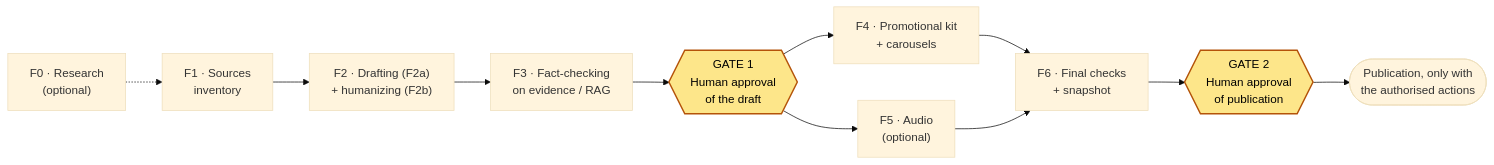
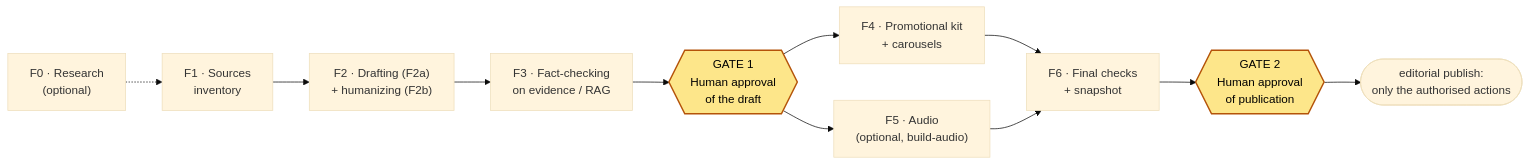
One commit to acarducci65-svg/editorial_pipeline_public changed the diagram in README.md. Above: the diagram before and after it, drawn with Mermaid (base theme). The commit also changed other lines of this file and 18 other files, not shown here.

````diff
--- a/README.md
+++ b/README.md
@@ -43,16 +43,16 @@
 ```mermaid
 flowchart LR
     F0["F0 · Research<br/>(optional)"] -.-> F1["F1 · Sources<br/>inventory"]
     F1 --> F2["F2 · Drafting (F2a)<br/>+ humanizing (F2b)"]
     F2 --> F3["F3 · Fact-checking<br/>on evidence / RAG"]
     F3 --> G1{{"GATE 1<br/>Human approval<br/>of the draft"}}
     G1 --> F4["F4 · Promotional kit<br/>+ carousels"]
-    G1 --> F5["F5 · Audio<br/>(optional)"]
+    G1 --> F5["F5 · Audio<br/>(optional, build-audio)"]
     F4 --> F6["F6 · Final checks<br/>+ snapshot"]
     F5 --> F6
     F6 --> G2{{"GATE 2<br/>Human approval<br/>of publication"}}
-    G2 --> P(["Publication, only with<br/>the authorised actions"])
+    G2 --> P(["editorial publish:<br/>only the authorised actions"])
 
     classDef gate fill:#fde68a,stroke:#b45309,stroke-width:2px,color:#000;
     class G1,G2 gate;
 ```
````
